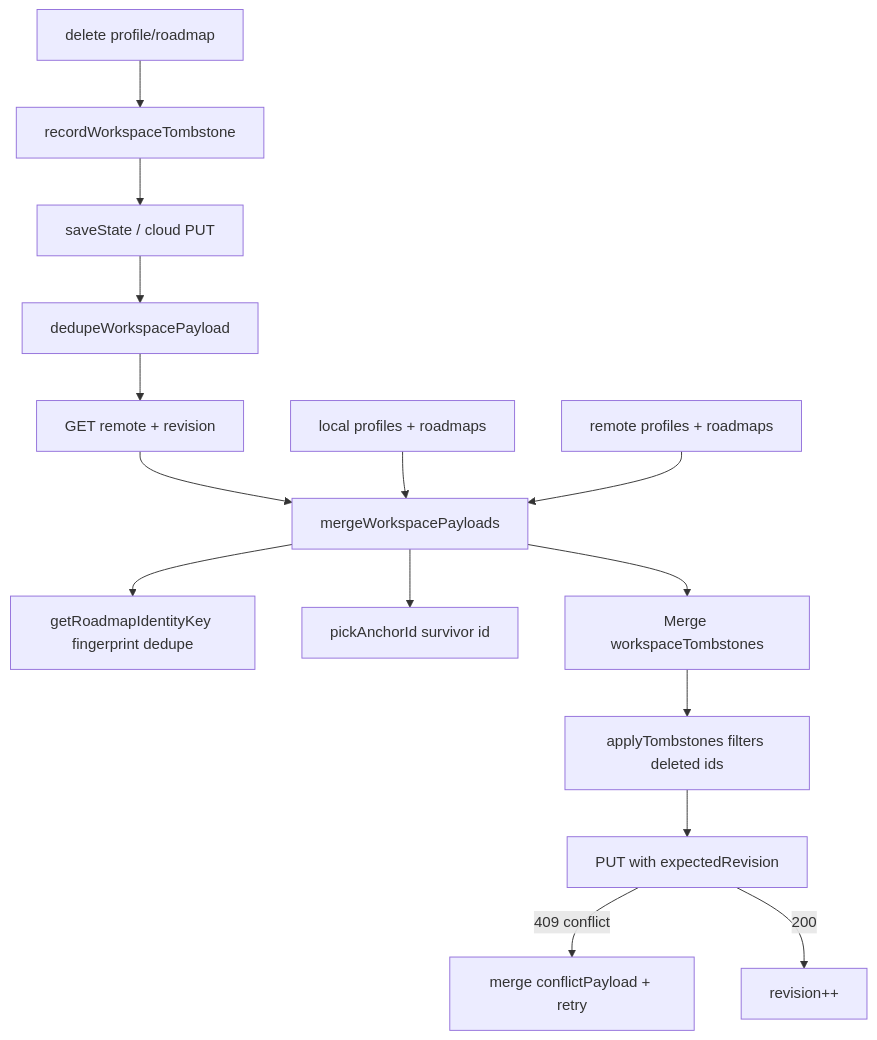
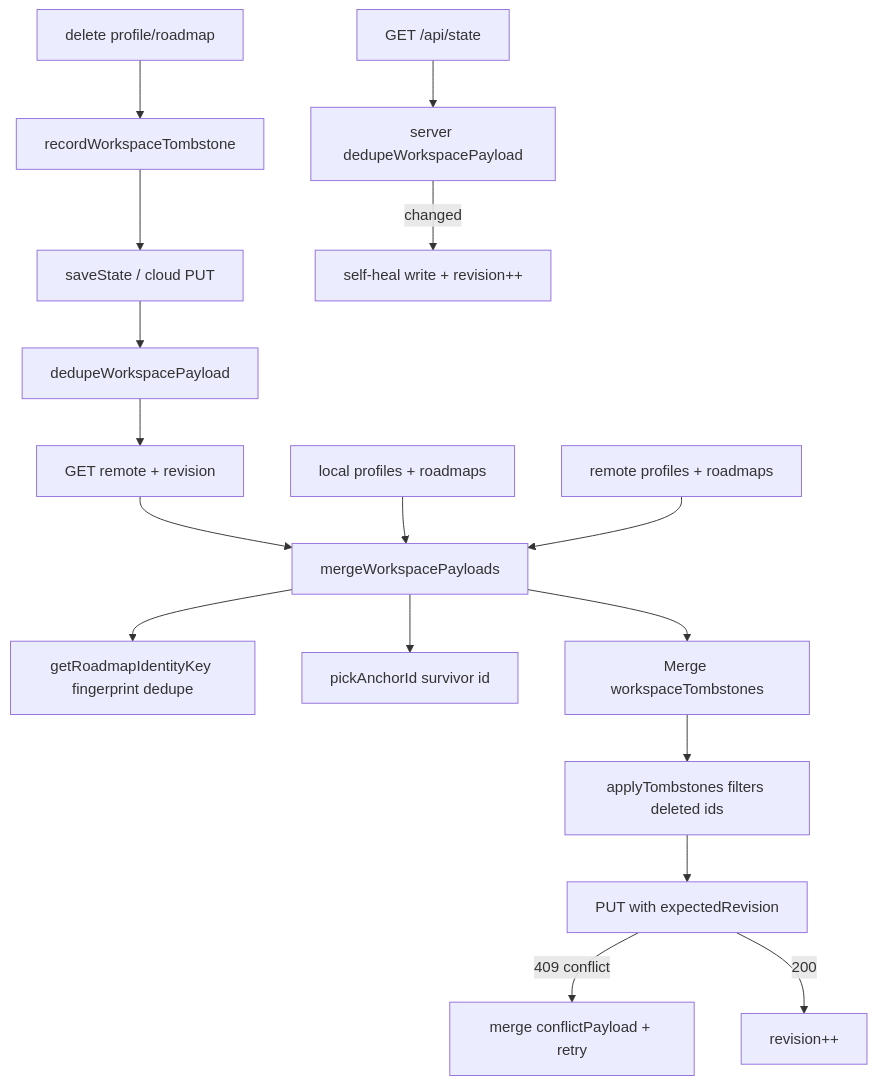
Before and after one commit to RifqiMT/pm-prioritization-tool: diagram 19 of 21 in docs/VARIABLES.md, drawn with Mermaid. The commit also changed other lines of this file and 37 other files, not shown here.

````diff
--- a/docs/VARIABLES.md
+++ b/docs/VARIABLES.md
@@ -528,17 +530,19 @@
 ```mermaid
 flowchart TD
   SAVE[saveState / cloud PUT] --> DEDUPE[dedupeWorkspacePayload]
   DEDUPE --> FETCH[GET remote + revision]
   FETCH --> MERGE[mergeWorkspacePayloads]
   LOCAL[local profiles + roadmaps] --> MERGE
   REMOTE[remote profiles + roadmaps] --> MERGE
   MERGE --> FP[getRoadmapIdentityKey fingerprint dedupe]
   MERGE --> ANCHOR[pickAnchorId survivor id]
   MERGE --> TOMB[Merge workspaceTombstones]
   TOMB --> APPLY[applyTombstones filters deleted ids]
   APPLY --> PUT[PUT with expectedRevision]
   PUT -->|409 conflict| CM[merge conflictPayload + retry]
   PUT -->|200| OK[revision++]
+  GET[GET /api/state] --> SDEDUPE[server dedupeWorkspacePayload]
+  SDEDUPE -->|changed| SPersist[self-heal write + revision++]
   DEL[delete profile/roadmap] --> REC[recordWorkspaceTombstone]
   REC --> SAVE
 ```
````
